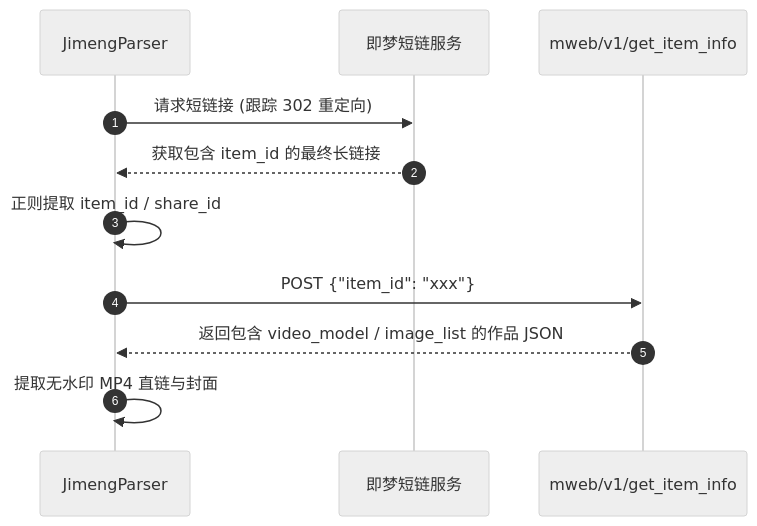
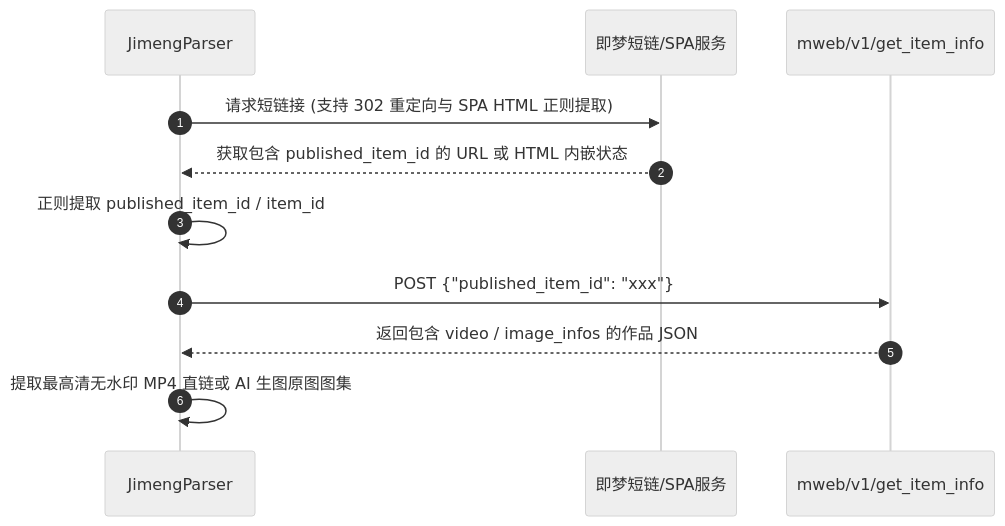
One commit to ucmao/media-parser changed the diagram in docs/parsers/jimeng.md. Above: the diagram before and after it, drawn with Mermaid (neutral theme). The commit also changed other lines of this file and 12 other files, not shown here.

````diff
--- a/docs/parsers/jimeng.md
+++ b/docs/parsers/jimeng.md
@@ -23,14 +23,14 @@
 ```mermaid
 sequenceDiagram
     autonumber
     participant Parser as JimengParser
-    participant H5 as 即梦短链服务
+    participant H5 as 即梦短链/SPA服务
     participant API as mweb/v1/get_item_info
 
-    Parser->>H5: 请求短链接 (跟踪 302 重定向)
-    H5-->>Parser: 获取包含 item_id 的最终长链接
-    Parser->>Parser: 正则提取 item_id / share_id
-    Parser->>API: POST {"item_id": "xxx"}
-    API-->>Parser: 返回包含 video_model / image_list 的作品 JSON
-    Parser->>Parser: 提取无水印 MP4 直链与封面
+    Parser->>H5: 请求短链接 (支持 302 重定向与 SPA HTML 正则提取)
+    H5-->>Parser: 获取包含 published_item_id 的 URL 或 HTML 内嵌状态
+    Parser->>Parser: 正则提取 published_item_id / item_id
+    Parser->>API: POST {"published_item_id": "xxx"}
+    API-->>Parser: 返回包含 video / image_infos 的作品 JSON
+    Parser->>Parser: 提取最高清无水印 MP4 直链或 AI 生图原图图集
 ```
````
